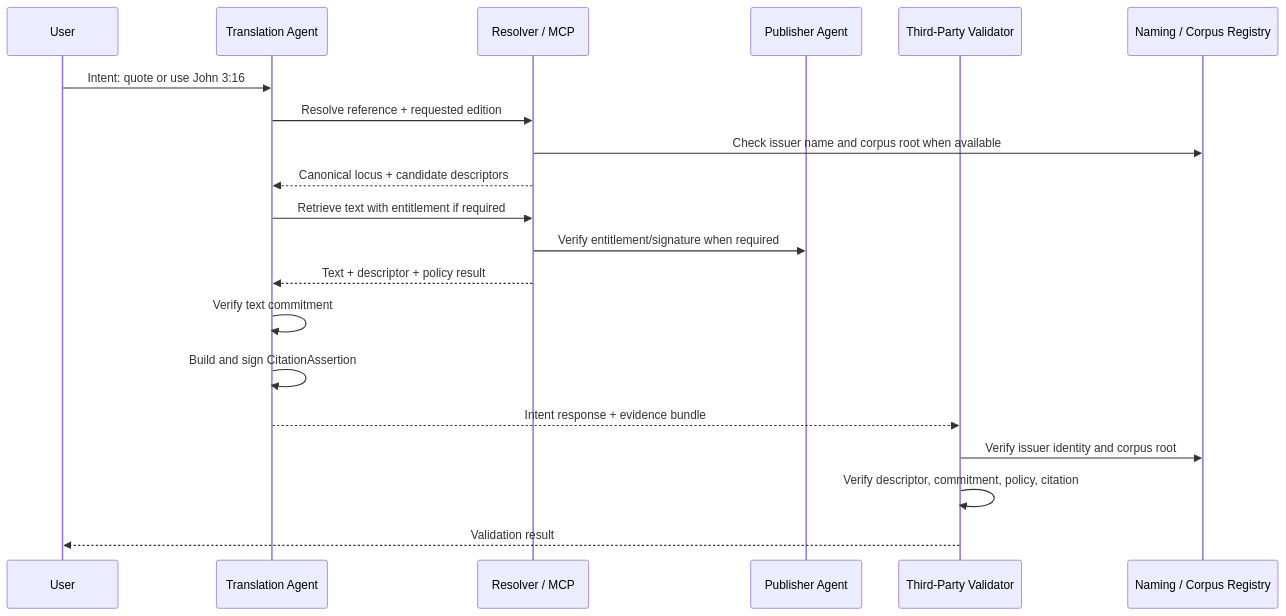
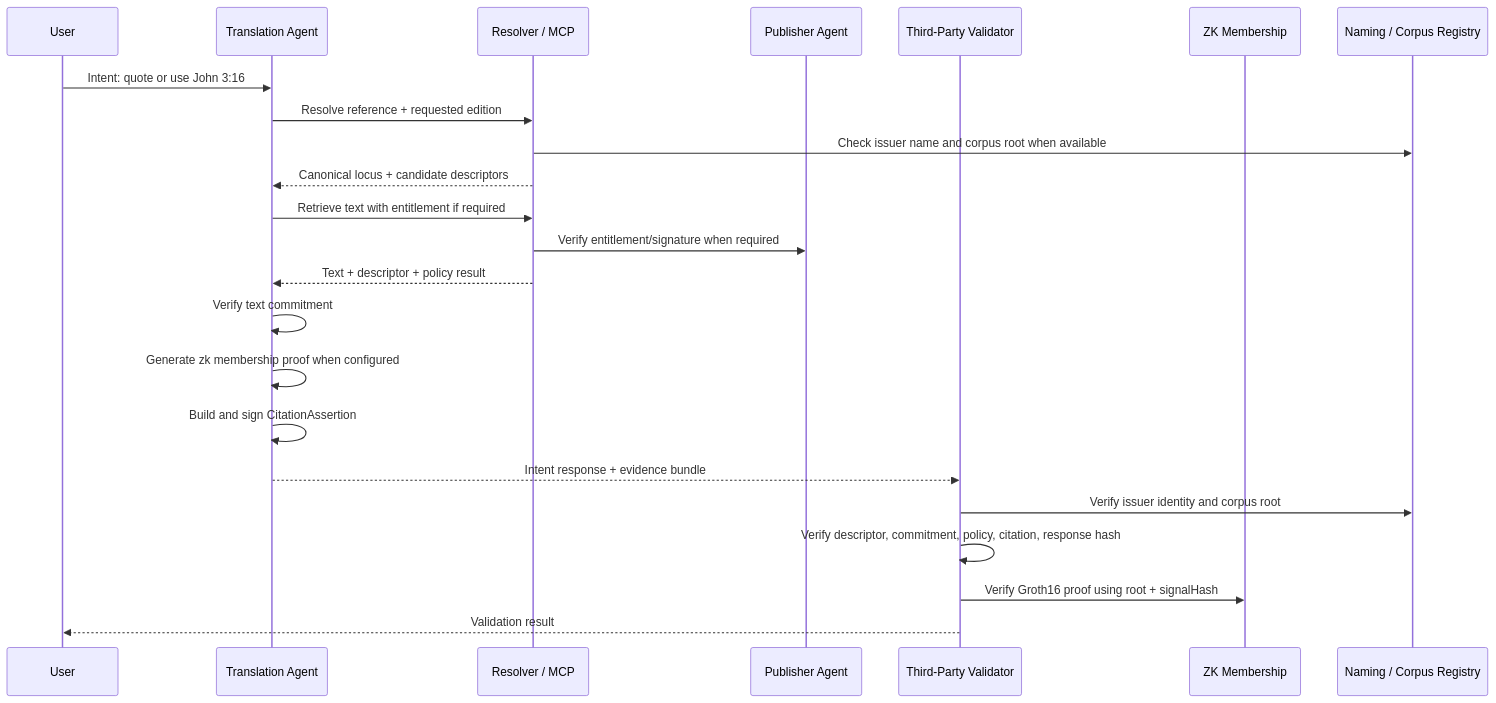
One commit to rpedersen3/verifiable-content-demo changed the second of 3 diagrams in documents/agentic-trust-technical-description.md. Above: the diagram before and after it, drawn with Mermaid. The commit also changed other lines of this file and 9 other files, not shown here.

````diff
--- a/documents/agentic-trust-technical-description.md
+++ b/documents/agentic-trust-technical-description.md
@@ -64,23 +69,26 @@
 ```mermaid
 sequenceDiagram
   participant User
   participant Agent as Translation Agent
   participant MCP as Resolver / MCP
   participant Issuer as Publisher Agent
   participant Validator as Third-Party Validator
+  participant ZK as ZK Membership
   participant Registry as Naming / Corpus Registry
 
   User->>Agent: Intent: quote or use John 3:16
   Agent->>MCP: Resolve reference + requested edition
   MCP->>Registry: Check issuer name and corpus root when available
   MCP-->>Agent: Canonical locus + candidate descriptors
   Agent->>MCP: Retrieve text with entitlement if required
   MCP->>Issuer: Verify entitlement/signature when required
   MCP-->>Agent: Text + descriptor + policy result
   Agent->>Agent: Verify text commitment
+  Agent->>Agent: Generate zk membership proof when configured
   Agent->>Agent: Build and sign CitationAssertion
   Agent-->>Validator: Intent response + evidence bundle
   Validator->>Registry: Verify issuer identity and corpus root
-  Validator->>Validator: Verify descriptor, commitment, policy, citation
+  Validator->>Validator: Verify descriptor, commitment, policy, citation, response hash
+  Validator->>ZK: Verify Groth16 proof using root + signalHash
   Validator-->>User: Validation result
 ```
````
